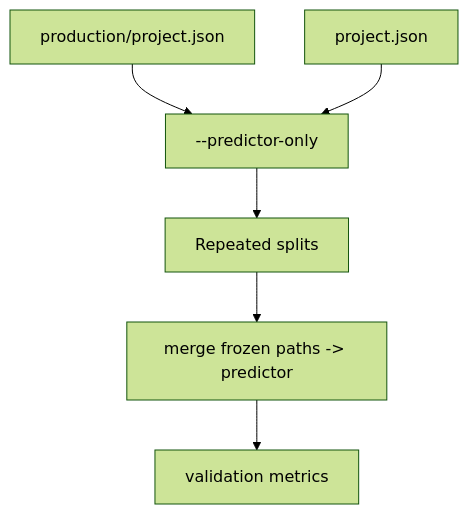
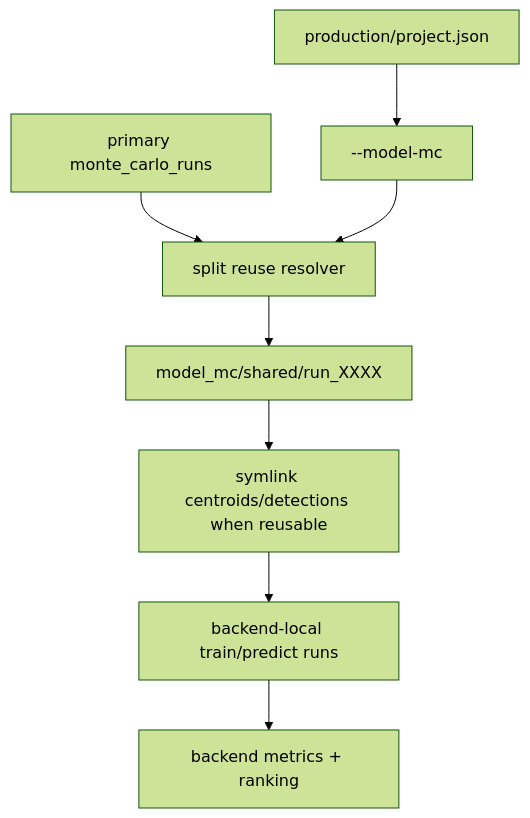
The third of 3 diagrams in docs/MethylPipeline-overview.qmd (Goliath-Research/GoliathWorkflow), drawn with Mermaid (forest theme) before and after one commit. The commit also changed other lines of this file and 1 other file, not shown here.

First line of the commit message:
Update MethylPipeline documentation to reflect new workflows and model-selection features

````diff
--- a/docs/MethylPipeline-overview.qmd
+++ b/docs/MethylPipeline-overview.qmd
@@ -245,8 +264,10 @@
 ```mermaid
 flowchart TD
-    A["production/project.json"] --> B["--predictor-only"]
-    C["project.json"] --> B
-    B --> D["Repeated splits"]
-    D --> E["merge frozen paths -> predictor"]
-    E --> F["validation metrics"]
+    A["production/project.json"] --> B["--model-mc"]
+    C["primary monte_carlo_runs"] --> D["split reuse resolver"]
+    B --> D
+    D --> E["model_mc/shared/run_XXXX"]
+    E --> F["symlink centroids/detections when reusable"]
+    F --> G["backend-local train/predict runs"]
+    G --> H["backend metrics + ranking"]
 ```
````
